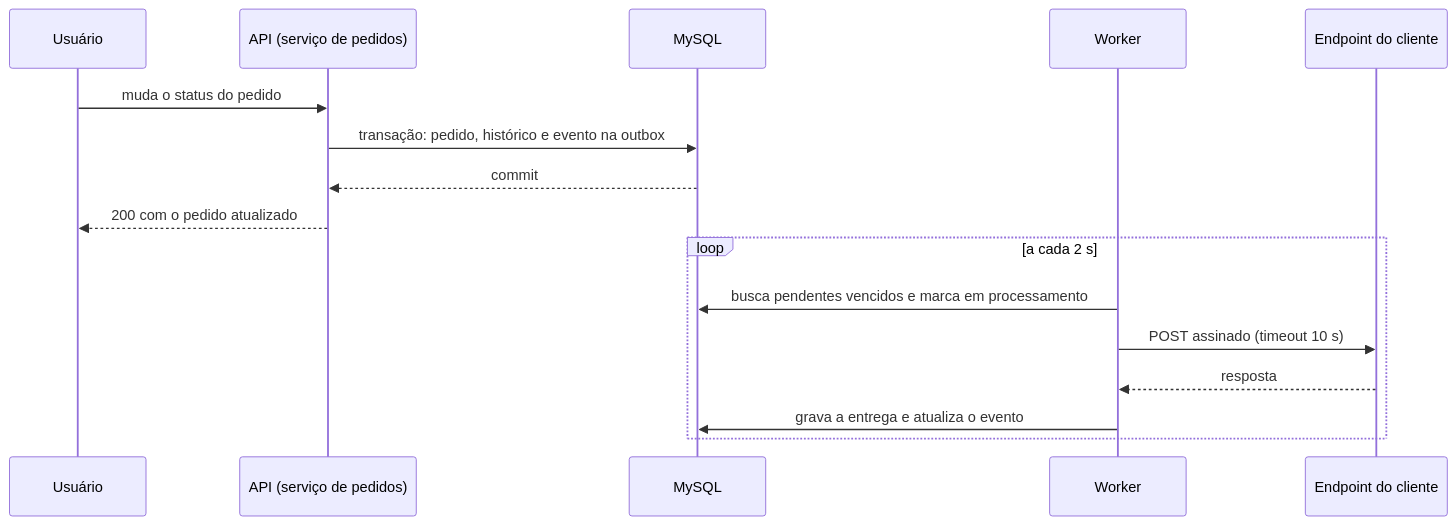
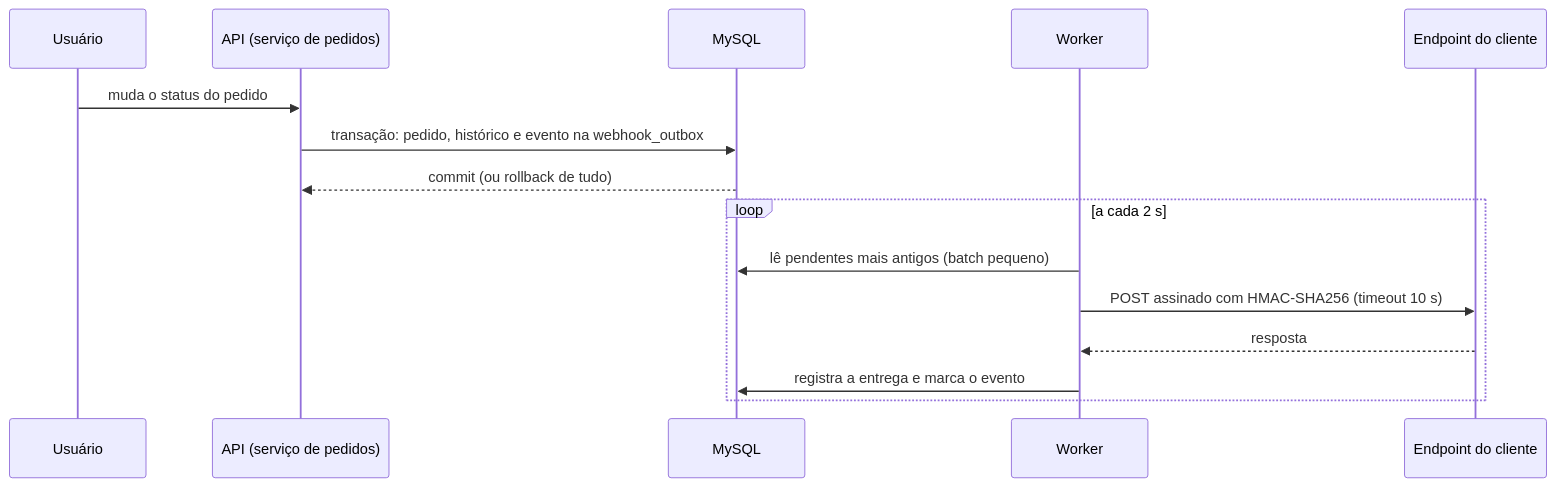
The first of 2 diagrams in docs/FDD.md (thorlan/mba-ia-desafio-design-docs-com-ia), drawn with Mermaid before and after one commit. The commit also changed other lines of this file and 8 other files, not shown here.

````diff
--- a/docs/FDD.md
+++ b/docs/FDD.md
@@ -98,18 +90,17 @@
 ```mermaid
 sequenceDiagram
     participant U as Usuário
     participant API as API (serviço de pedidos)
     participant DB as MySQL
     participant W as Worker
     participant C as Endpoint do cliente
     U->>API: muda o status do pedido
-    API->>DB: transação: pedido, histórico e evento na outbox
-    DB-->>API: commit
-    API-->>U: 200 com o pedido atualizado
+    API->>DB: transação: pedido, histórico e evento na webhook_outbox
+    DB-->>API: commit (ou rollback de tudo)
     loop a cada 2 s
-        W->>DB: busca pendentes vencidos e marca em processamento
-        W->>C: POST assinado (timeout 10 s)
+        W->>DB: lê pendentes mais antigos (batch pequeno)
+        W->>C: POST assinado com HMAC-SHA256 (timeout 10 s)
         C-->>W: resposta
-        W->>DB: grava a entrega e atualiza o evento
+        W->>DB: registra a entrega e marca o evento
     end
 ```
````
